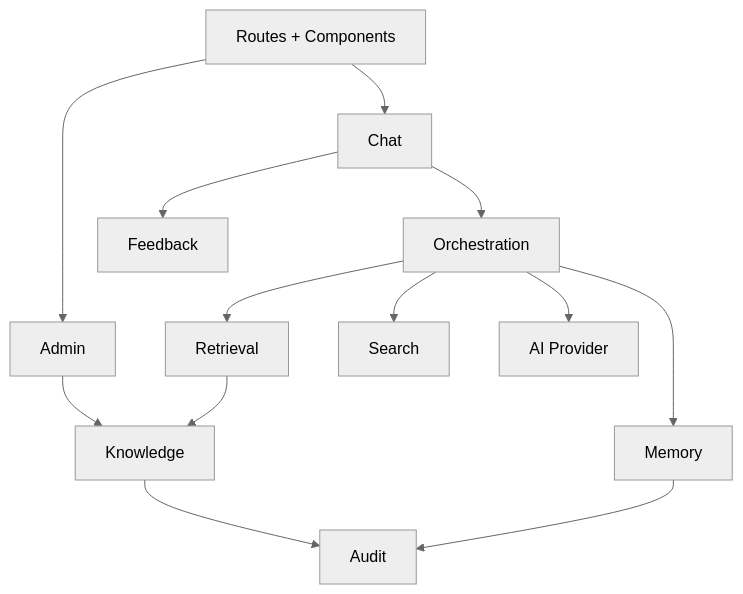
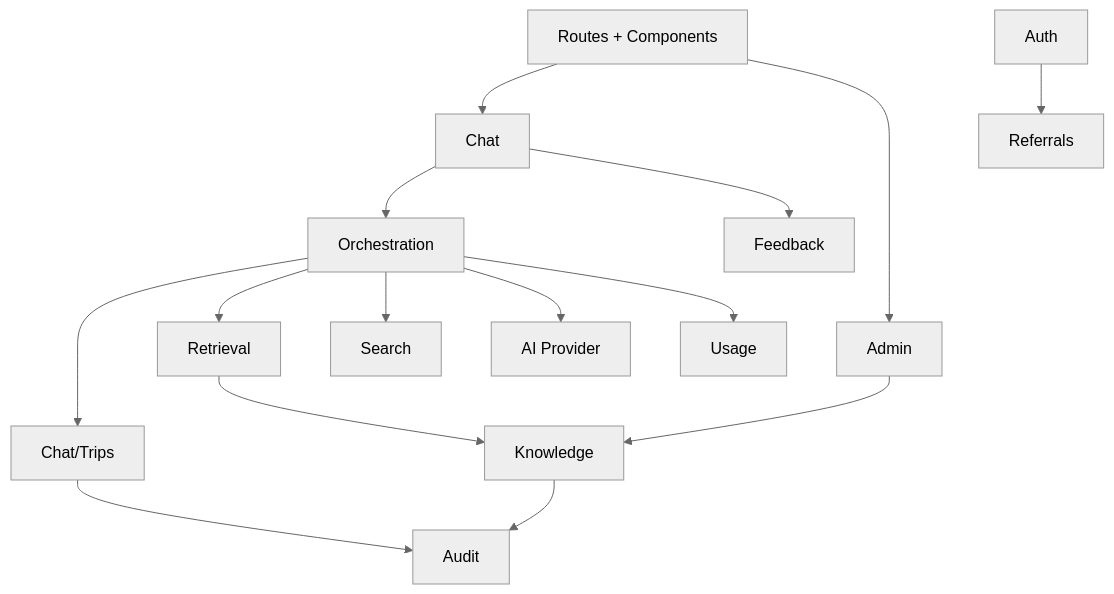
One commit to tonytippi/xuyenviet changed the second of 3 diagrams in _bmad-output/planning-artifacts/architecture/architecture-xuyenviet-2026-07-04/ARCHITECTURE-SPINE.md. Above: the diagram before and after it, drawn with Mermaid (neutral theme). The commit also changed other lines of this file and 5 other files, not shown here.

````diff
--- a/_bmad-output/planning-artifacts/architecture/architecture-xuyenviet-2026-07-04/ARCHITECTURE-SPINE.md
+++ b/_bmad-output/planning-artifacts/architecture/architecture-xuyenviet-2026-07-04/ARCHITECTURE-SPINE.md
@@ -90,16 +90,18 @@
 ```mermaid
 flowchart TB
   UI[Routes + Components]
   UI --> Chat
   UI --> Admin
   Chat --> Orchestration
   Admin --> Knowledge
-  Orchestration --> Memory
+  Orchestration --> ChatTrips[Chat/Trips]
   Orchestration --> Retrieval
   Orchestration --> Search
   Orchestration --> AI[AI Provider]
+  Orchestration --> Usage
+  Auth --> Referrals
   Retrieval --> Knowledge
   Knowledge --> Audit
-  Memory --> Audit
+  ChatTrips --> Audit
   Chat --> Feedback
 ```
````
